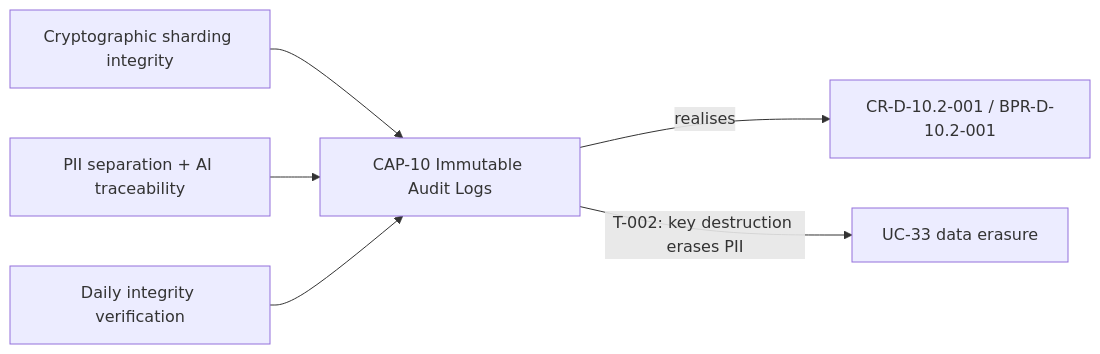
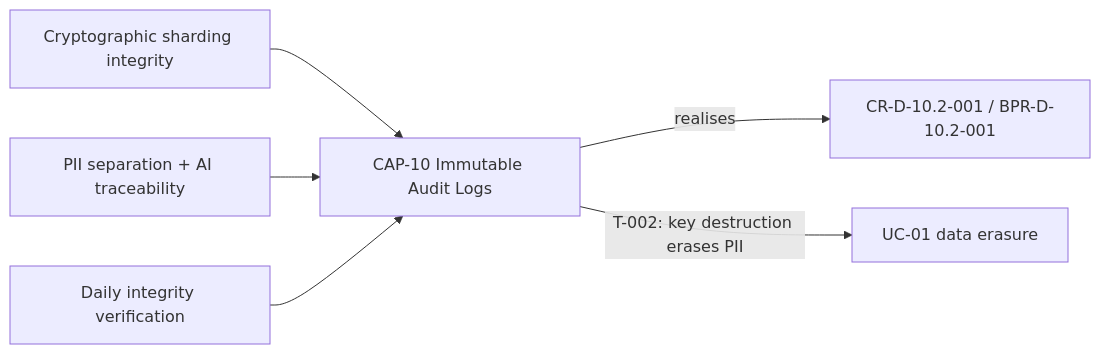
Diagram 60 of 60 in 02_CASES/Case_03_OmniBank_Financial/03_PHASE3_DECOMPOSITION/Doc32_Process_Capability_Cards.md (pauloribeiro16/Methodology_compact), drawn with Mermaid before and after one commit. The commit also changed other lines of this file and 23 other files, not shown here.

````diff
--- a/02_CASES/Case_03_OmniBank_Financial/03_PHASE3_DECOMPOSITION/Doc32_Process_Capability_Cards.md
+++ b/02_CASES/Case_03_OmniBank_Financial/03_PHASE3_DECOMPOSITION/Doc32_Process_Capability_Cards.md
@@ -1338,8 +1341,8 @@
 ```mermaid
 graph LR
     CAP["CAP-10 Immutable Audit Logs"] -->|"realises"| R1["CR-D-10.2-001 / BPR-D-10.2-001"]
     P1["Cryptographic sharding integrity"] --> CAP
     P2["PII separation + AI traceability"] --> CAP
     P3["Daily integrity verification"] --> CAP
-    CAP -->|"T-002: key destruction erases PII"| UC33["UC-33 data erasure"]
+    CAP -->|"T-002: key destruction erases PII"| UC33["UC-01 data erasure"]
 ```
````
